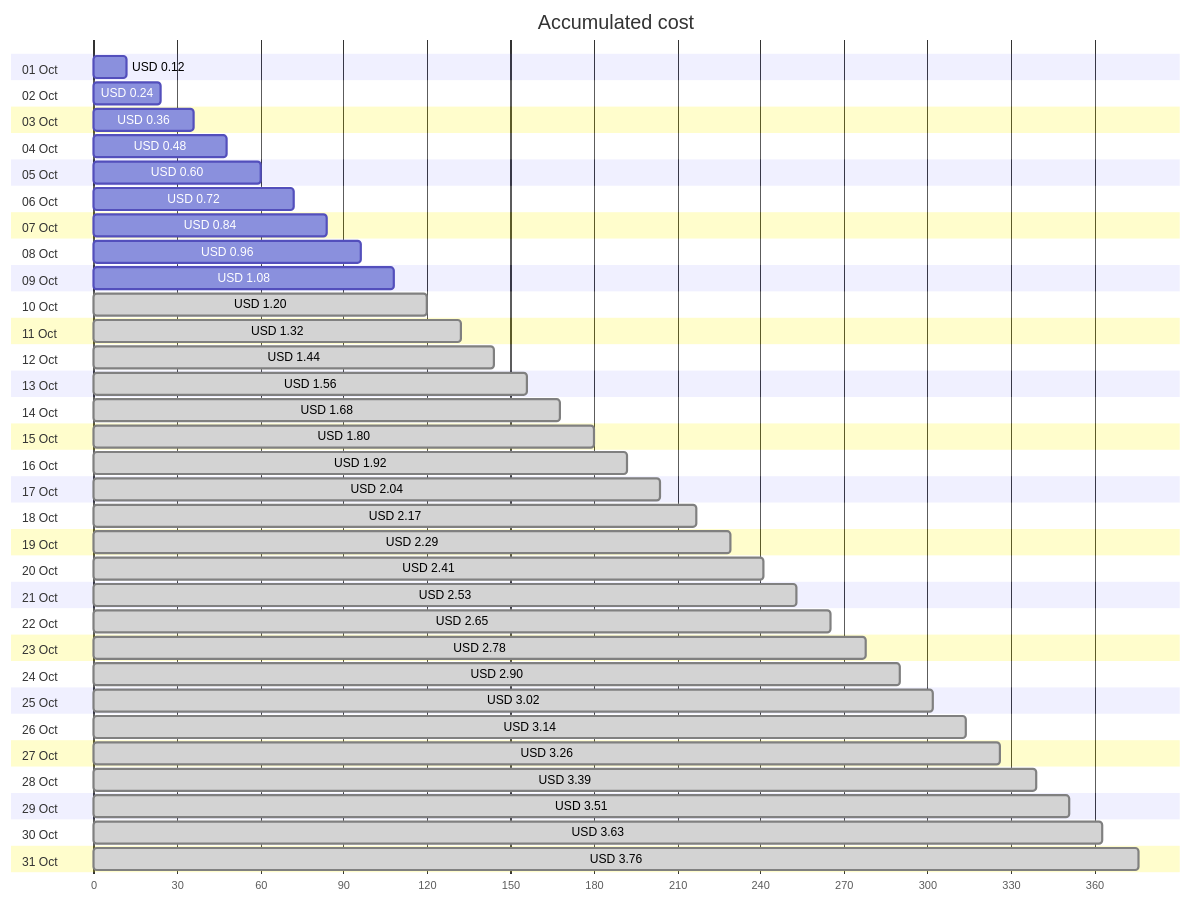
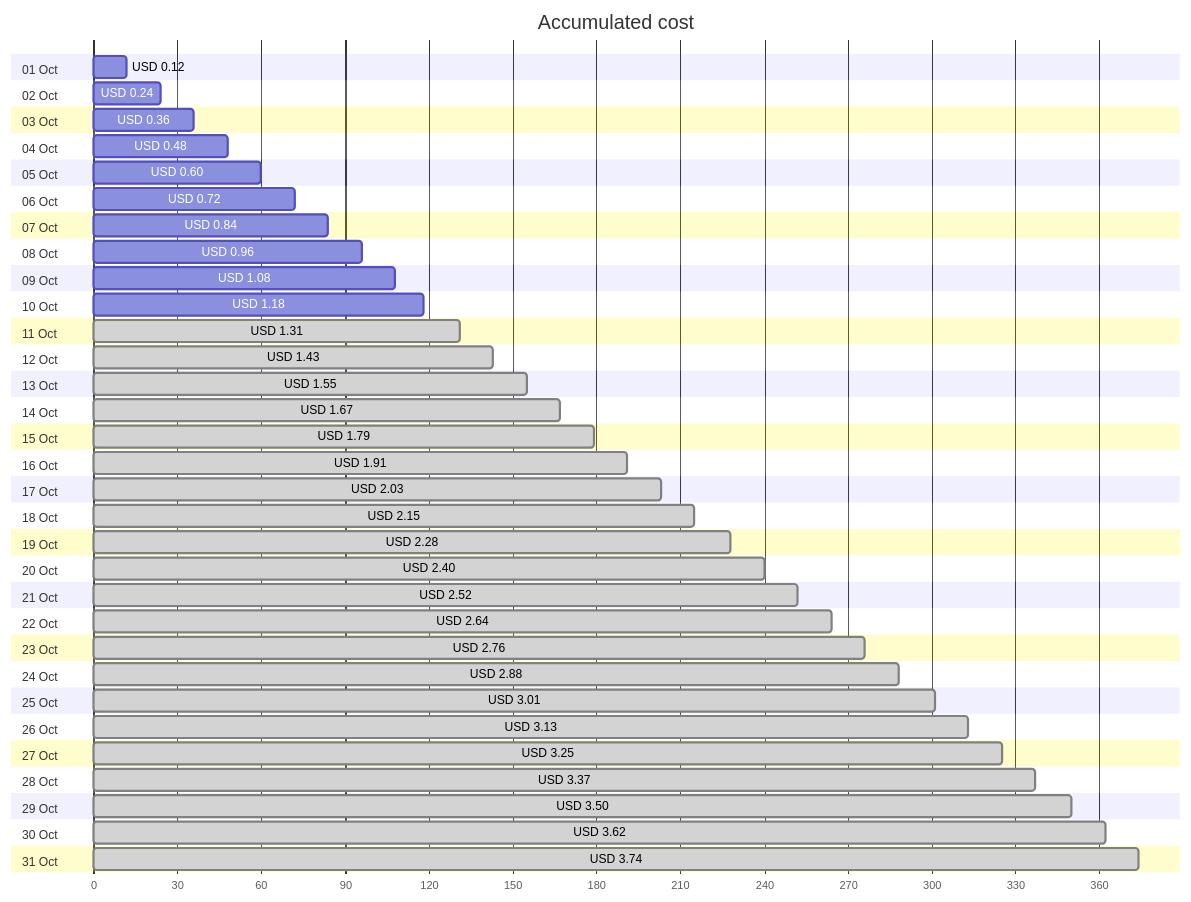
One commit to jpfulton/azure-personal-reports changed the first of 4 diagrams in cost-reports/personal-network/vpn-server-public-ip.md. Above: the diagram before and after it, drawn with Mermaid. The commit also changed other lines of this file and 8 other files, not shown here.

````diff
--- a/cost-reports/personal-network/vpn-server-public-ip.md
+++ b/cost-reports/personal-network/vpn-server-public-ip.md
@@ -20,68 +20,68 @@
 ```mermaid
 gantt
    title Accumulated cost
    dateFormat  X
    axisFormat %s
    section 01 Oct
    USD 0.12 :0, 12
    section 02 Oct
    USD 0.24 :0, 24
    section 03 Oct
    USD 0.36 :0, 36
    section 04 Oct
    USD 0.48 :0, 48
    section 05 Oct
    USD 0.60 :0, 60
    section 06 Oct
    USD 0.72 :0, 72
    section 07 Oct
    USD 0.84 :0, 84
    section 08 Oct
    USD 0.96 :0, 96
    section 09 Oct
    USD 1.08 :0, 108
    section 10 Oct
-   USD 1.20 : done, 0, 120
+   USD 1.18 :0, 118
    section 11 Oct
-   USD 1.32 : done, 0, 132
+   USD 1.31 : done, 0, 131
    section 12 Oct
-   USD 1.44 : done, 0, 144
+   USD 1.43 : done, 0, 143
    section 13 Oct
-   USD 1.56 : done, 0, 156
+   USD 1.55 : done, 0, 155
    section 14 Oct
-   USD 1.68 : done, 0, 168
+   USD 1.67 : done, 0, 167
    section 15 Oct
-   USD 1.80 : done, 0, 180
+   USD 1.79 : done, 0, 179
    section 16 Oct
-   USD 1.92 : done, 0, 192
+   USD 1.91 : done, 0, 191
    section 17 Oct
-   USD 2.04 : done, 0, 204
+   USD 2.03 : done, 0, 203
    section 18 Oct
-   USD 2.17 : done, 0, 217
+   USD 2.15 : done, 0, 215
    section 19 Oct
-   USD 2.29 : done, 0, 229
+   USD 2.28 : done, 0, 228
    section 20 Oct
-   USD 2.41 : done, 0, 241
+   USD 2.40 : done, 0, 240
    section 21 Oct
-   USD 2.53 : done, 0, 253
+   USD 2.52 : done, 0, 252
    section 22 Oct
-   USD 2.65 : done, 0, 265
+   USD 2.64 : done, 0, 264
    section 23 Oct
-   USD 2.78 : done, 0, 278
+   USD 2.76 : done, 0, 276
    section 24 Oct
-   USD 2.90 : done, 0, 290
+   USD 2.88 : done, 0, 288
    section 25 Oct
-   USD 3.02 : done, 0, 302
+   USD 3.01 : done, 0, 301
    section 26 Oct
-   USD 3.14 : done, 0, 314
+   USD 3.13 : done, 0, 313
    section 27 Oct
-   USD 3.26 : done, 0, 326
+   USD 3.25 : done, 0, 325
    section 28 Oct
-   USD 3.39 : done, 0, 339
+   USD 3.37 : done, 0, 337
    section 29 Oct
-   USD 3.51 : done, 0, 351
+   USD 3.50 : done, 0, 350
    section 30 Oct
-   USD 3.63 : done, 0, 363
+   USD 3.62 : done, 0, 362
    section 31 Oct
-   USD 3.76 : done, 0, 376
+   USD 3.74 : done, 0, 374
 ```
````
